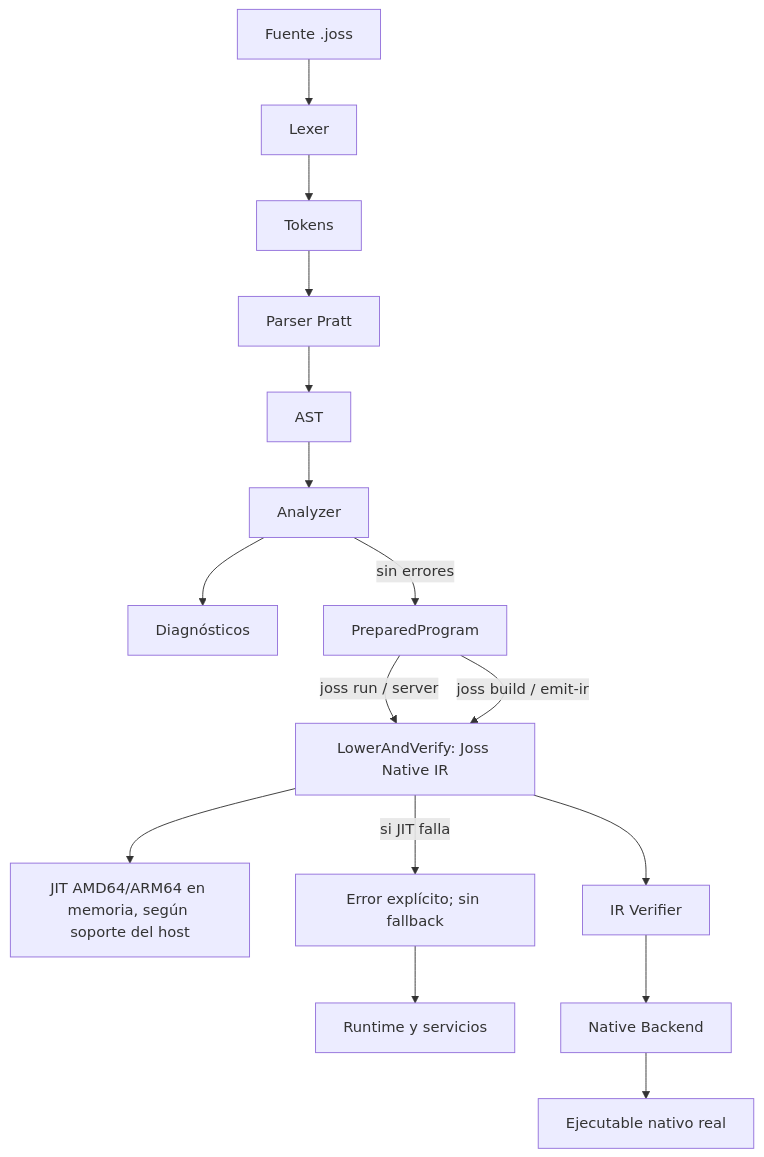
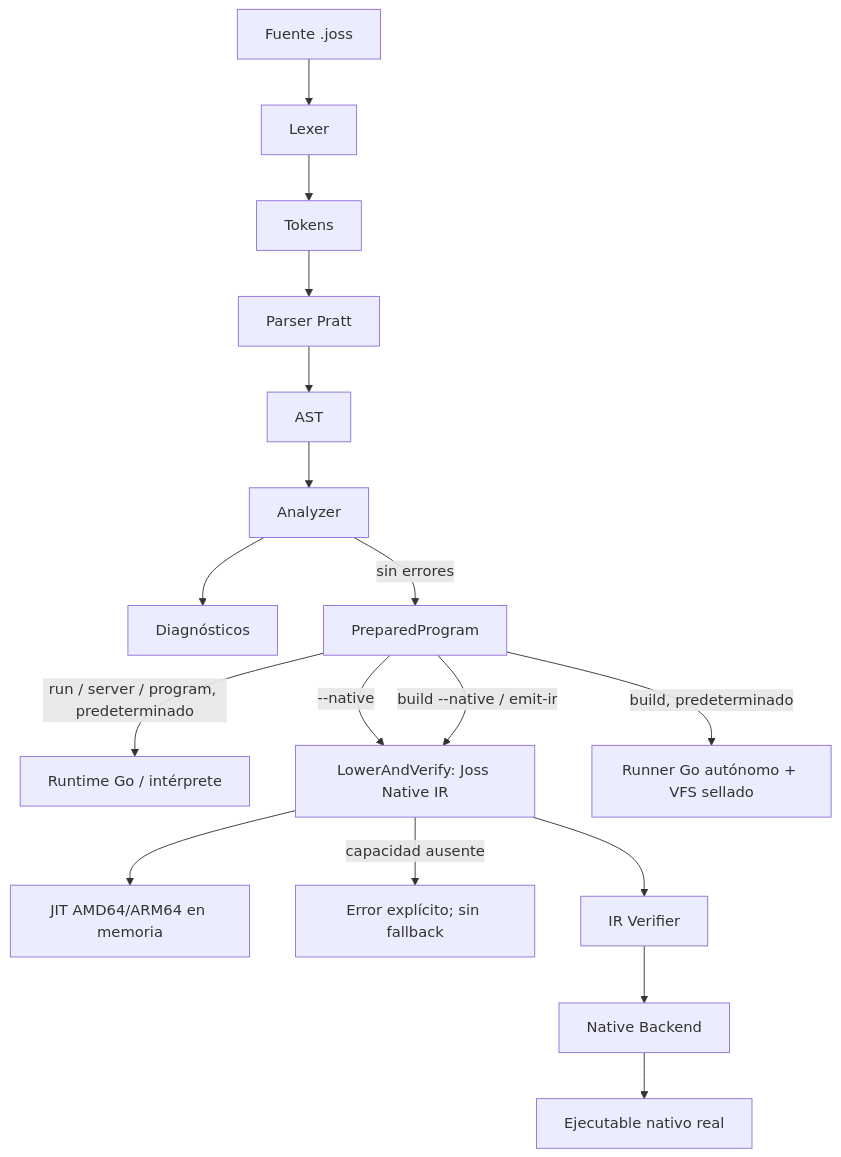
Before and after one commit to joss-language/Joss-Programming-Language: the diagram in docs/ARQUITECTURA.md, drawn with Mermaid. The commit also changed other lines of this file and 61 other files, not shown here.

````diff
--- a/docs/ARQUITECTURA.md
+++ b/docs/ARQUITECTURA.md
@@ -24,18 +23,19 @@
 ```mermaid
 flowchart TD
     S["Fuente .joss"] --> L["Lexer"]
     L --> T["Tokens"]
     T --> P["Parser Pratt"]
     P --> A["AST"]
     A --> N["Analyzer"]
     N --> D["Diagnósticos"]
     N -->|sin errores| PP["PreparedProgram"]
-    PP -->|joss run / server| IR["LowerAndVerify: Joss Native IR"]
-    IR --> JIT["JIT AMD64/ARM64 en memoria, según soporte del host"]
-    IR -->|si JIT falla| E["Error explícito; sin fallback"]
-    E --> R["Runtime y servicios"]
-    PP -->|joss build / emit-ir| IR
+    PP -->|run / server / program, predeterminado| GO["Runtime Go / intérprete"]
+    PP -->|--native| IR["LowerAndVerify: Joss Native IR"]
+    IR --> JIT["JIT AMD64/ARM64 en memoria"]
+    IR -->|capacidad ausente| E["Error explícito; sin fallback"]
+    PP -->|build, predeterminado| RUNNER["Runner Go autónomo + VFS sellado"]
+    PP -->|build --native / emit-ir| IR
     IR --> V["IR Verifier"]
     V --> NB["Native Backend"]
     NB --> EXE["Ejecutable nativo real"]
 ```
````
